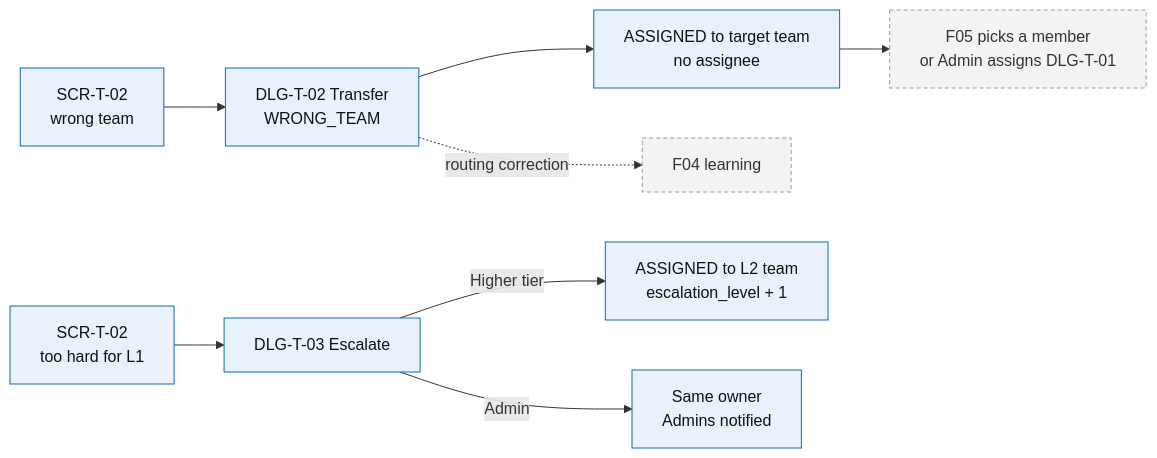
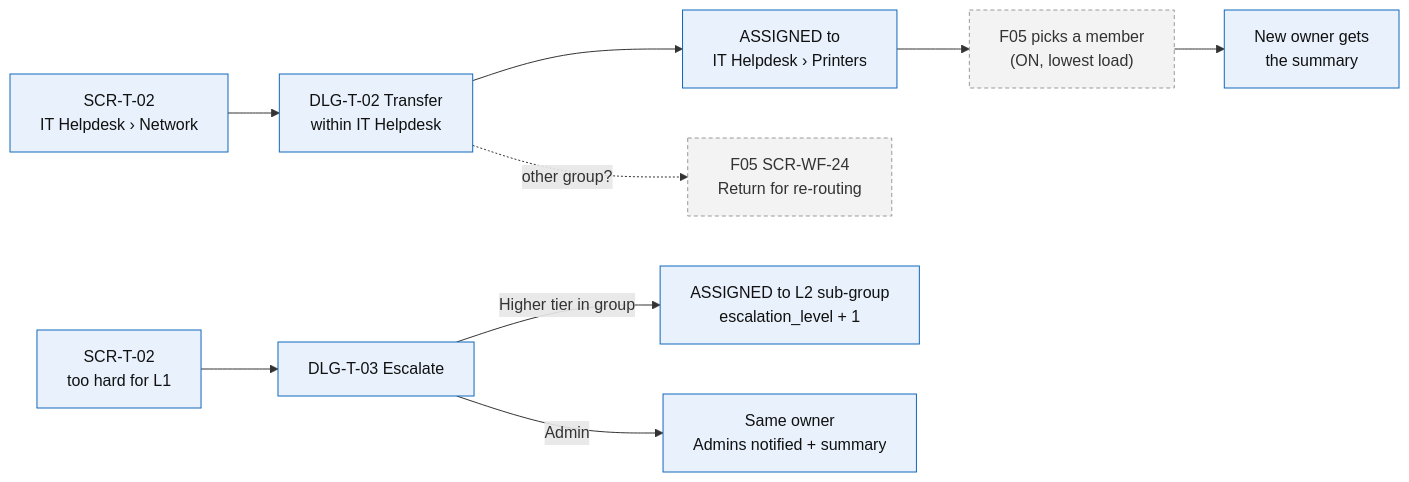
One commit to Akaza-ban/Fable changed the fourth of 7 diagrams in docs/f03-ticket-management/information-architecture/03-user-flows.md. Above: the diagram before and after it, drawn with Mermaid. The commit also changed other lines of this file and 9 other files, not shown here.

Commit message:
docs: align with mindmap

````diff
--- a/docs/f03-ticket-management/information-architecture/03-user-flows.md
+++ b/docs/f03-ticket-management/information-architecture/03-user-flows.md
@@ -93,15 +96,16 @@
 ```mermaid
 flowchart LR
-    a["SCR-T-02<br/>wrong team"] --> b["DLG-T-02 Transfer<br/>WRONG_TEAM"]
-    b --> c["ASSIGNED to target team<br/>no assignee"]
-    c --> d["F05 picks a member<br/>or Admin assigns DLG-T-01"]
-    b -. "routing correction" .-> ai["F04 learning"]
+    a["SCR-T-02<br/>IT Helpdesk › Network"] --> b["DLG-T-02 Transfer<br/>within IT Helpdesk"]
+    b --> c["ASSIGNED to<br/>IT Helpdesk › Printers"]
+    c --> d["F05 picks a member<br/>(ON, lowest load)"]
+    d --> s["New owner gets<br/>the summary"]
+    b -. "other group?" .-> r["F05 SCR-WF-24<br/>Return for re-routing"]
     e["SCR-T-02<br/>too hard for L1"] --> f["DLG-T-03 Escalate"]
-    f -- "Higher tier" --> g["ASSIGNED to L2 team<br/>escalation_level + 1"]
-    f -- "Admin" --> h["Same owner<br/>Admins notified"]
+    f -- "Higher tier in group" --> g["ASSIGNED to L2 sub-group<br/>escalation_level + 1"]
+    f -- "Admin" --> h["Same owner<br/>Admins notified + summary"]
 
     classDef f03 fill:#e8f1fc,color:#111,stroke:#1168bd
     classDef other fill:#f3f3f3,color:#333,stroke:#999,stroke-dasharray:4 3
-    class a,b,c,e,f,g,h f03
-    class d,ai other
+    class a,b,c,e,f,g,h,s f03
+    class d,r other
 ```
````
